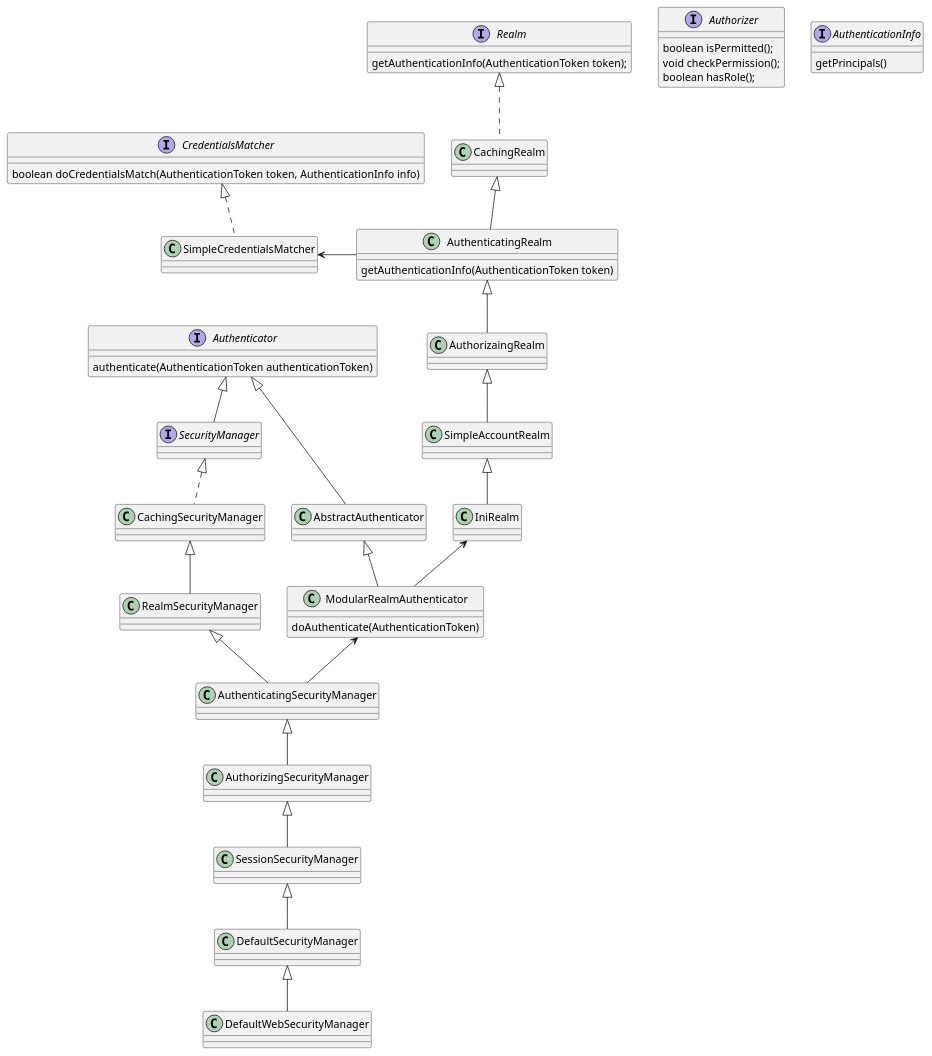
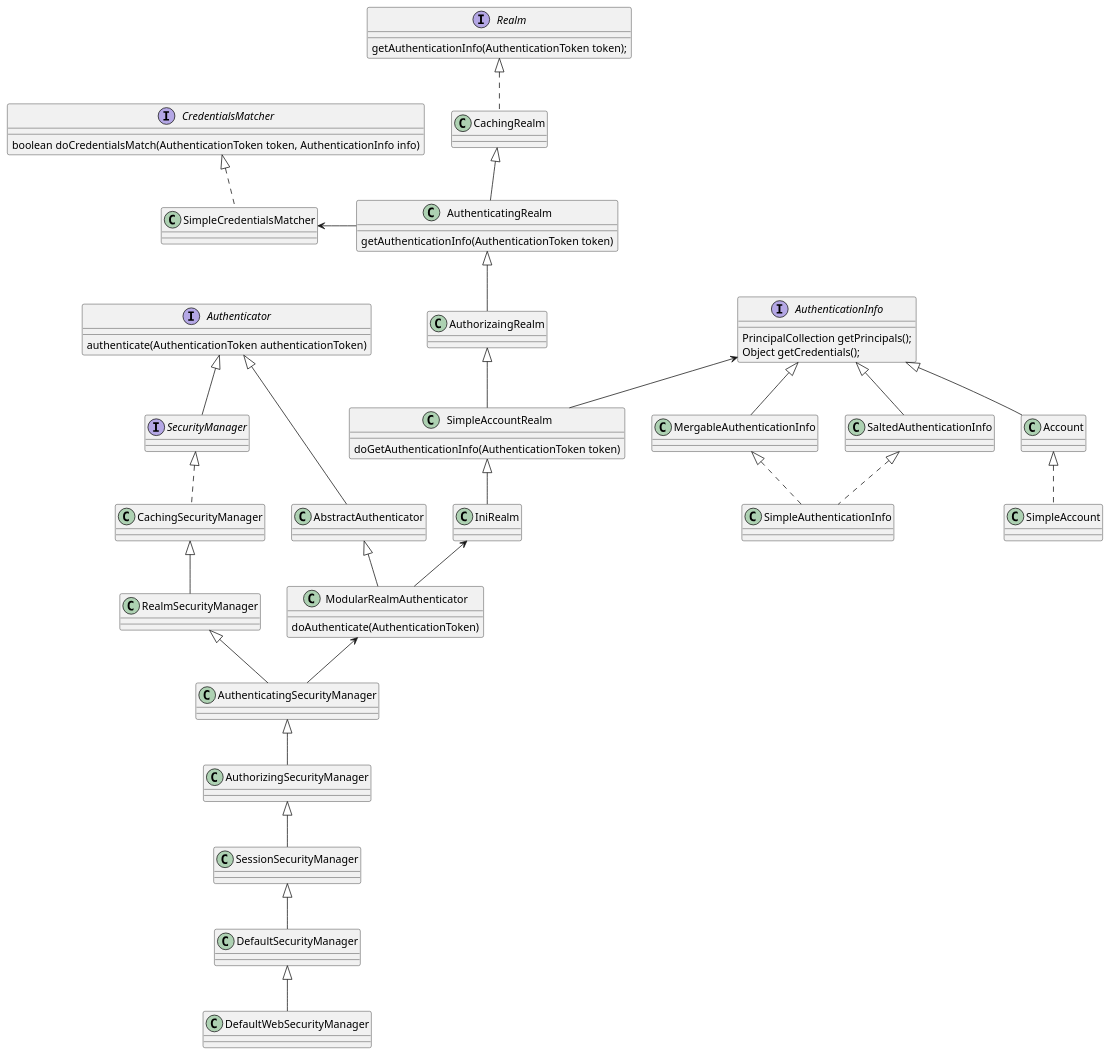
The diagram in shiro/A_Class_UML/Authentication.puml (ljhupahu/MyProject), drawn with PlantUML before and after one commit. The commit also changed 1 other file, not shown here.

Commit message:
update Authentication

```diff
--- a/shiro/A_Class_UML/Authentication.puml
+++ b/shiro/A_Class_UML/Authentication.puml
@@ -1,60 +1,81 @@
 @startuml
 
 interface SecurityManager
 interface Realm{
     getAuthenticationInfo(AuthenticationToken token);
 }
 
 interface Authenticator{
     authenticate(AuthenticationToken authenticationToken)
 }
 
-interface Authorizer{
-    boolean isPermitted();
-    void checkPermission();
-    boolean hasRole();
+interface CredentialsMatcher{
+    boolean doCredentialsMatch(AuthenticationToken token, AuthenticationInfo info)
 }
 
 interface AuthenticationInfo{
-    getPrincipals()
-}
-
-interface CredentialsMatcher{
-    boolean doCredentialsMatch(AuthenticationToken token, AuthenticationInfo info)
+    PrincipalCollection getPrincipals();
+    Object getCredentials();
 }
 
 class ModularRealmAuthenticator{
     'Attempts to authenticate the given token by iterating over the internal collection of
     doAuthenticate(AuthenticationToken)
 }
 
 class AuthenticatingRealm{
     getAuthenticationInfo(AuthenticationToken token)
 }
 
+class SimpleAccountRealm{
+    doGetAuthenticationInfo(AuthenticationToken token)
+}
+
+
+'--------------------------------SecurityManager----------------------------------
 Authenticator <|-- SecurityManager
 SecurityManager <|.. CachingSecurityManager
 CachingSecurityManager <|-- RealmSecurityManager
 RealmSecurityManager <|-- AuthenticatingSecurityManager
 AuthenticatingSecurityManager <|-- AuthorizingSecurityManager
 AuthorizingSecurityManager <|-- SessionSecurityManager
 SessionSecurityManager <|-- DefaultSecurityManager
 DefaultSecurityManager <|-- DefaultWebSecurityManager
+'--------------------------------SecurityManager----------------------------------
 
+
+'--------------------------------Realm--------------------------------------------
 Realm <|.. CachingRealm
 CachingRealm <|-- AuthenticatingRealm
 AuthenticatingRealm <|-- AuthorizaingRealm
 AuthorizaingRealm <|-- SimpleAccountRealm
 SimpleAccountRealm <|-- IniRealm
 IniRealm <-- ModularRealmAuthenticator
+'--------------------------------Realm---------------------------------------------
 
+
+'--------------------------------Authenticator--------------------------------------
 Authenticator <|-- AbstractAuthenticator
 AbstractAuthenticator <|-- ModularRealmAuthenticator
+ModularRealmAuthenticator <-- AuthenticatingSecurityManager
+'--------------------------------Authenticator---------------------------------------
 
-ModularRealmAuthenticator <-- AuthenticatingSecurityManager
 
+'--------------------------------CredentialsMatcher----------------------------------
 CredentialsMatcher <|.. SimpleCredentialsMatcher
+SimpleCredentialsMatcher <- AuthenticatingRealm
+'--------------------------------CredentialsMatcher----------------------------------
 
-SimpleCredentialsMatcher <- AuthenticatingRealm
+
+'--------------------------------AuthenticationInfo----------------------------------
+AuthenticationInfo <|-- MergableAuthenticationInfo
+AuthenticationInfo <|-- SaltedAuthenticationInfo
+MergableAuthenticationInfo <|.. SimpleAuthenticationInfo
+SaltedAuthenticationInfo <|.. SimpleAuthenticationInfo
+
+AuthenticationInfo <|-- Account
+Account <|.. SimpleAccount
+AuthenticationInfo <-- SimpleAccountRealm
+'--------------------------------AuthenticationInfo----------------------------------
 
 @enduml
```
